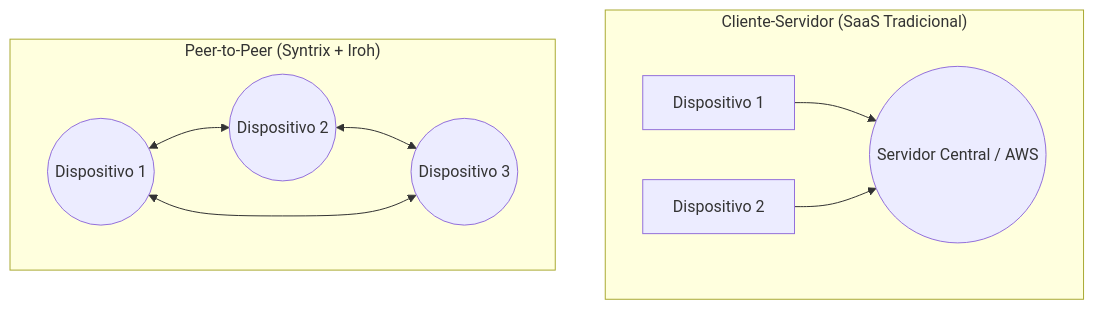
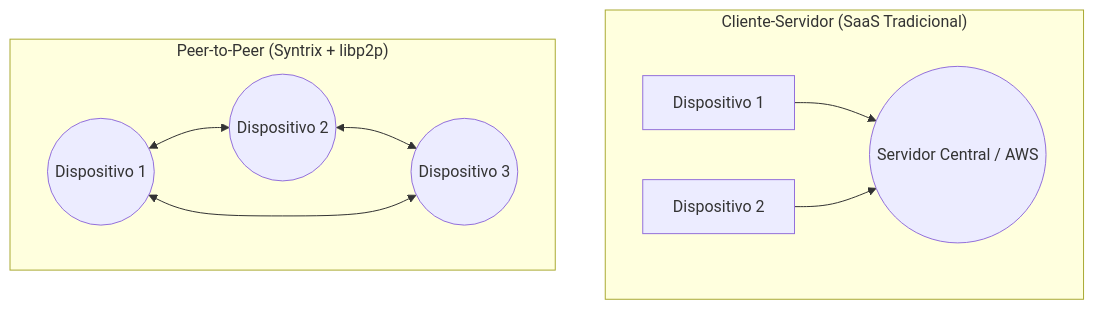
Before and after one commit to royalcala/syntrix-monorepo: the diagram in apps/docs/src/content/docs/argumentos-p2p.md, drawn with Mermaid. The commit also changed other lines of this file and 24 other files, not shown here.

First line of the commit message:
Refactor P2P integration from Iroh to libp2p across the application

````diff
--- a/apps/docs/src/content/docs/argumentos-p2p.md
+++ b/apps/docs/src/content/docs/argumentos-p2p.md
@@ -15,13 +15,13 @@
 ```mermaid
 graph TD
     subgraph "Cliente-Servidor (SaaS Tradicional)"
         A[Dispositivo 1] --> S((Servidor Central / AWS))
         B[Dispositivo 2] --> S
     end
 
-    subgraph "Peer-to-Peer (Syntrix + Iroh)"
+    subgraph "Peer-to-Peer (Syntrix + libp2p)"
         P1((Dispositivo 1)) <--> P2((Dispositivo 2))
         P2((Dispositivo 2)) <--> P3((Dispositivo 3))
         P3((Dispositivo 3)) <--> P1((Dispositivo 1))
     end
 ```
````
